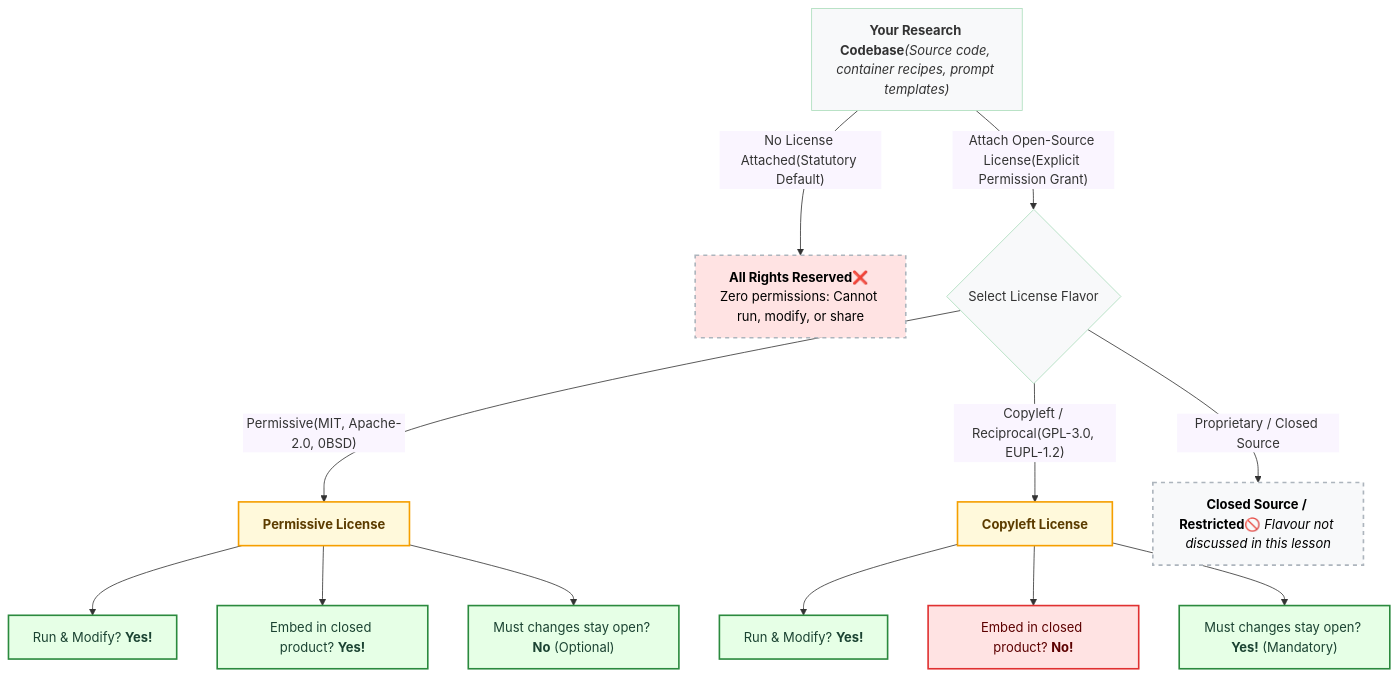
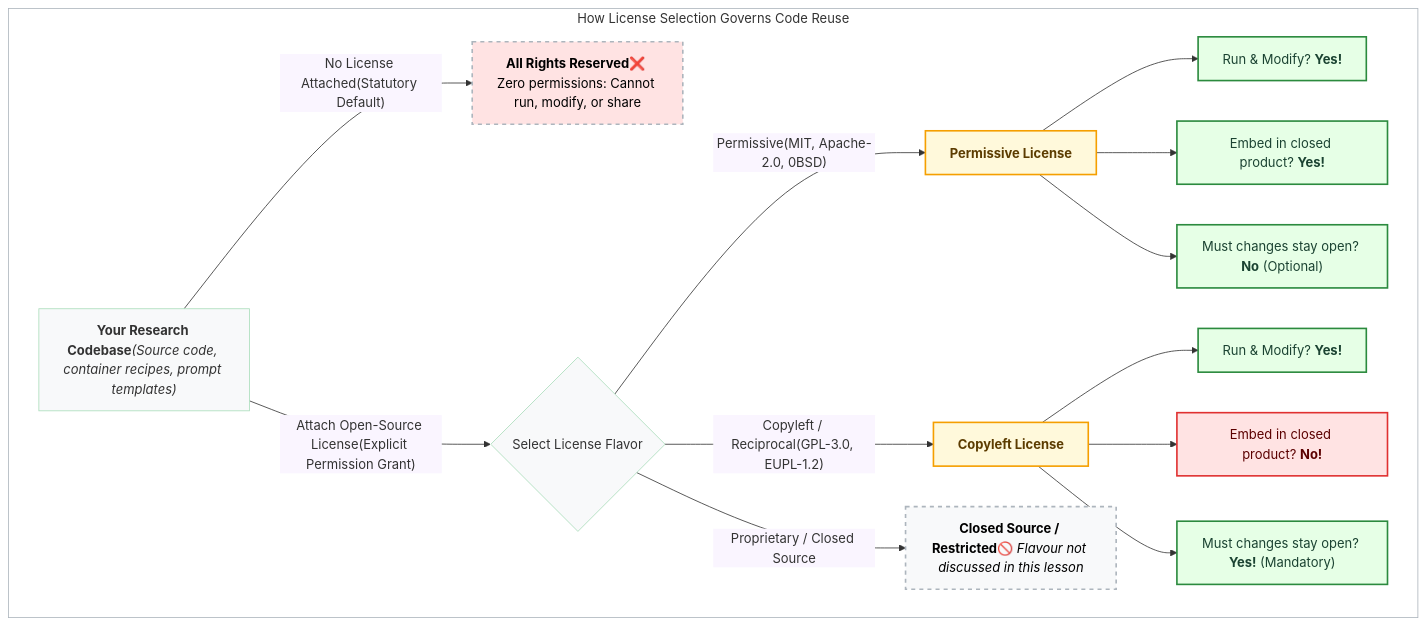
One commit to coderefinery/social-coding changed the first of 3 diagrams in content/software-licensing.md. Above: the diagram before and after it, drawn with Mermaid.

Commit message:
Include a heading for license types diagramm

````diff
--- a/content/software-licensing.md
+++ b/content/software-licensing.md
@@ -55,34 +55,39 @@
 ```{mermaid}
 %%{init: {'themeVariables': { 'edgeLabelBackground': '#faf5ff' }}}%%
 
 flowchart TB
+
+  subgraph box["How License Selection Governs Code Reuse"]
     A["<b>Your Research Codebase</b></><i>(Source code, container recipes, prompt templates)</i>"] -->|"No License Attached</>(Statutory Default)"| B["<b>All Rights Reserved</b></>❌ Zero permissions: Cannot run, modify, or share"]
 
     A -->|"Attach Open-Source License</>(Explicit Permission Grant)"| C{"Select License Flavor"}
 
     C -->|"Permissive</>(MIT, Apache-2.0, 0BSD)"| D["<b>Permissive License</b>"]
     C -->|"Copyleft / Reciprocal</>(GPL-3.0, EUPL-1.2)"| E["<b>Copyleft License</b>"]
     C -->|"Proprietary / Closed Source"| F["<b>Closed Source / Restricted</b></>🚫 <i>Flavour not discussed in this lesson</i>"]
 
     D --> D1["Run & Modify? <b>Yes!</b>"]
     D --> D2["Embed in closed product? <b>Yes!</b>"]
     D --> D3["Must changes stay open? <b>No</b> (Optional)"]
 
     E --> E1["Run & Modify? <b>Yes!</b>"]
     E --> E2["Embed in closed product? <b>No!</b>"]
     E --> E3["Must changes stay open? <b>Yes!</b> (Mandatory)"]
-    classDef green fill:#e6ffe6,stroke:#2b8a3e,stroke-width:2px,color:#1b4332;
+  end  
+   classDef green fill:#e6ffe6,stroke:#2b8a3e,stroke-width:2px,color:#1b4332;
    classDef red fill:#ffe3e3,stroke:#e03131,stroke-width:2px,color:#5c0000;
    classDef yellow fill:#fff9db,stroke:#f59f00,stroke-width:2px,color:#5c3c00;
    classDef white fill:#f8f9fa,stroke:#adb
    classDef dashed fill:#f8f9fa,stroke:#adb5bd,stroke-width:2px,stroke-dasharray: 5 5,color:#000000;
    classDef dashed_red fill:#ffe3e3,stroke:#adb5bd,stroke-width:2px,stroke-dasharray: 5 5,color:#000000;
-    classDef defaultState fill:#ffe3e3,stroke:#e03131,stroke-width:2px,color:#5c0000;
+   classDef defaultState fill:#ffe3e3,stroke:#e03131,stroke-width:2px,color:#5c0000;
+   classDef box_fill fill:#ffffff,stroke:#adb5bd,stroke-width:1px;
     
    class D1,D2,D3,E1,E3 green;
    class E2 red;
    class D,E yellow;
    class F dashed;
    class B dashed_red;
    class A,C white;
+   class box box_fill;
 ```
````
